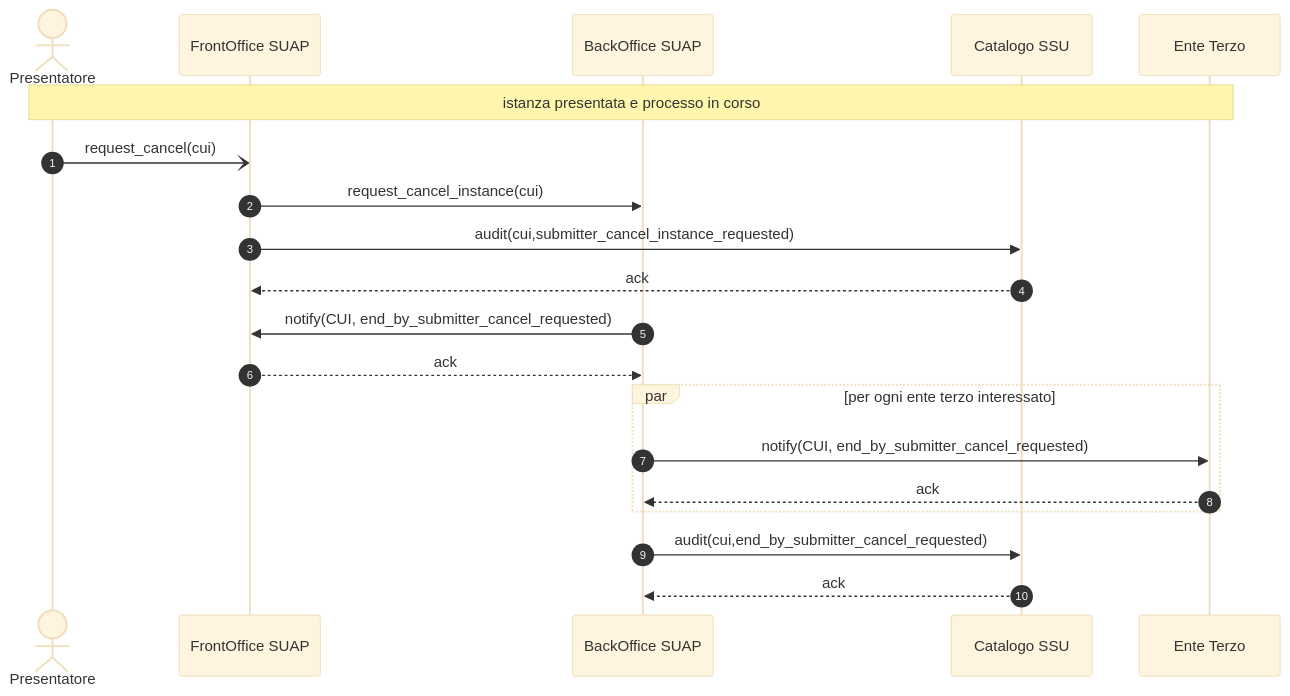
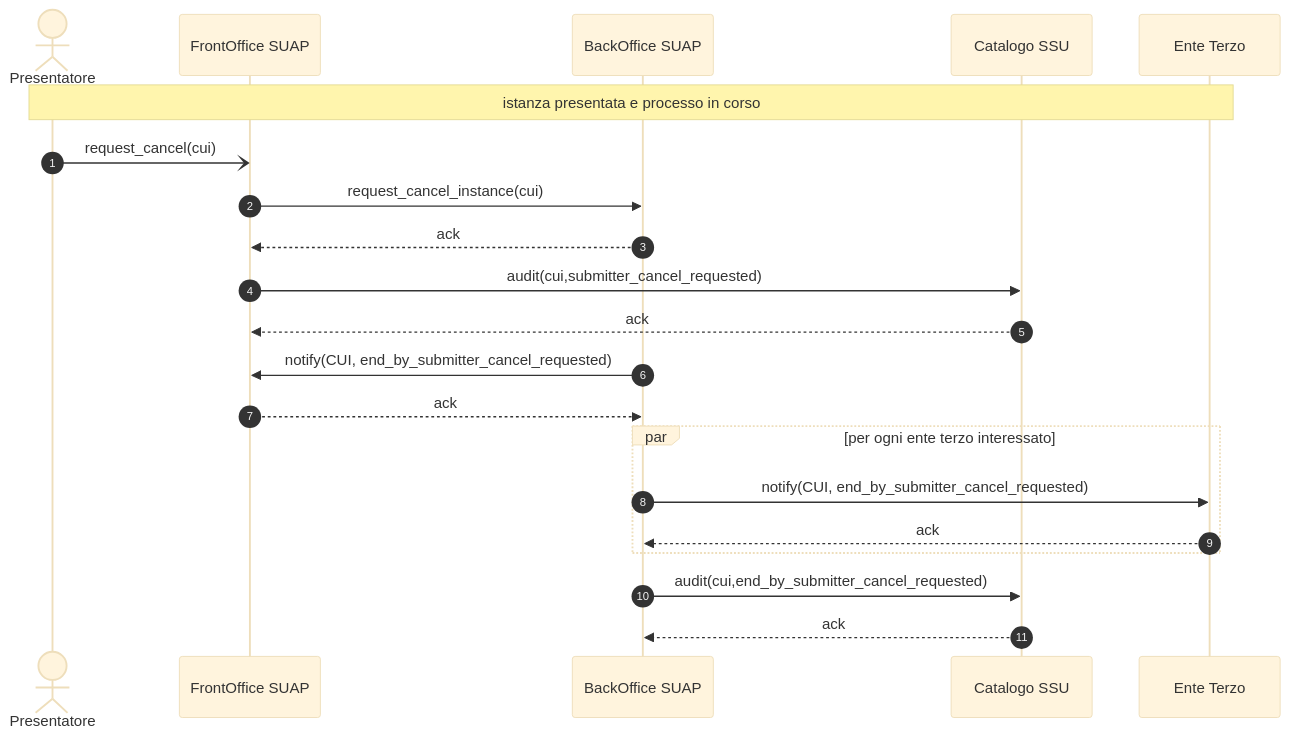
The diagram in to_interoperabilita/sequence-diagram/SubmitterCancel-001.mermaid (AgID/suap-gt-specifiche), drawn with Mermaid (base theme) before and after one commit. The commit also changed 1 other file, not shown here.

```diff
--- a/to_interoperabilita/sequence-diagram/SubmitterCancel-001.mermaid
+++ b/to_interoperabilita/sequence-diagram/SubmitterCancel-001.mermaid
@@ -1,29 +1,30 @@
 sequenceDiagram
     autonumber
     
     actor P as Presentatore    
     participant F as FrontOffice SUAP  
     participant B as BackOffice SUAP   
     participant C as Catalogo SSU  
     participant E as Ente Terzo  
    
    
     Note over P,E: istanza presentata e processo in corso
 
     P -) F: request_cancel(cui)
     
     F->> B: request_cancel_instance(cui)
+    B -->> F: ack
 
-    F ->> C: audit(cui,submitter_cancel_instance_requested)
+    F ->> C: audit(cui,submitter_cancel_requested)
     C -->> F: ack
 
     B ->> F: notify(CUI, end_by_submitter_cancel_requested)
     F -->> B: ack
 
     par per ogni ente terzo interessato        
         B ->> E: notify(CUI, end_by_submitter_cancel_requested)
         E -->> B: ack
     end
 
     B ->> C: audit(cui,end_by_submitter_cancel_requested)
     C -->> B: ack
```
